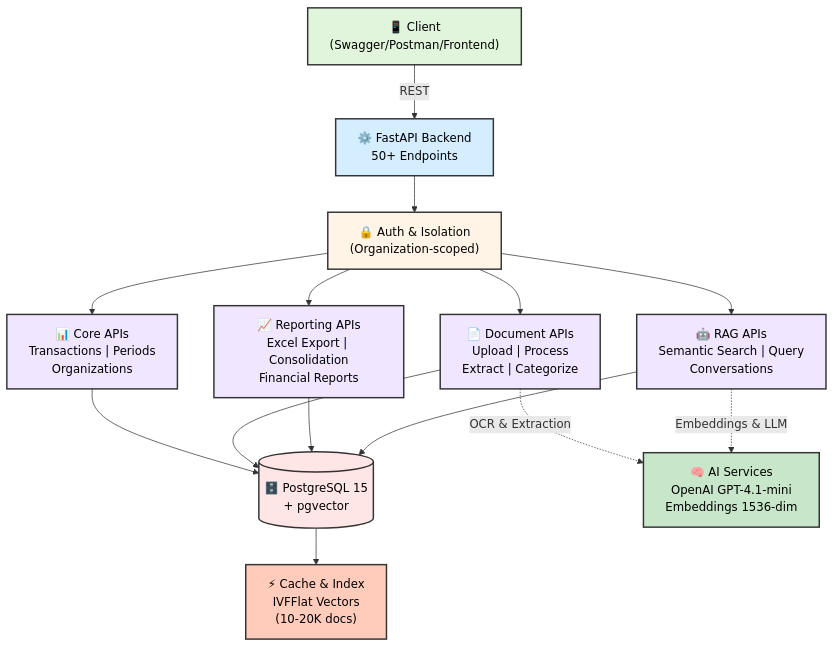
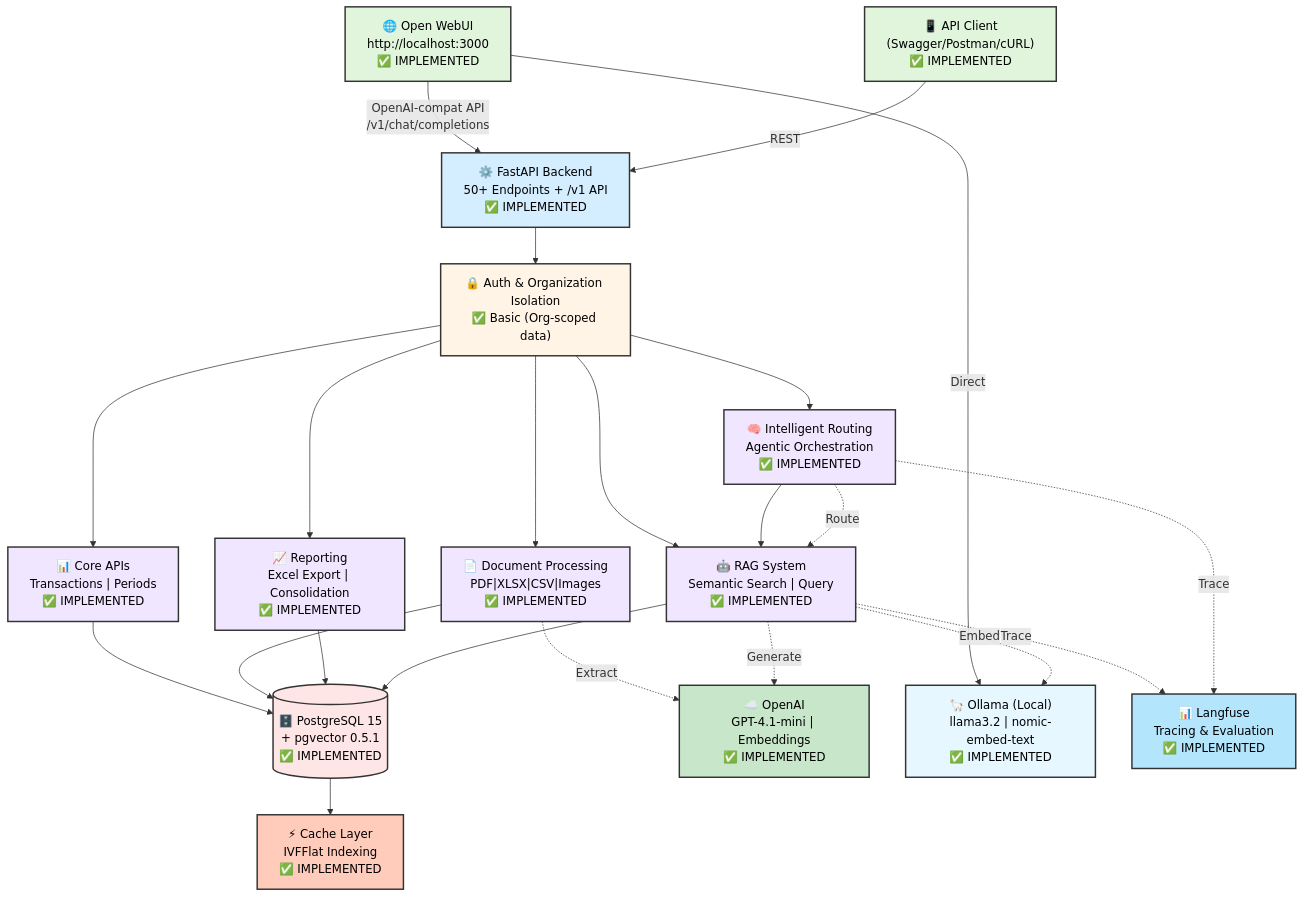
Before and after one commit to Oleguzik/ngo-automation: the first of 3 diagrams in README.md, drawn with Mermaid. The commit also changed other lines of this file and 4 other files, not shown here.

Commit message:
fix: readme file and tracking of WebUI connection errors to RAG

````diff
--- a/README.md
+++ b/README.md
@@ -98,51 +129,46 @@
 ```mermaid
 graph TB
-    Client["📱 Client<br/>(Swagger/Postman/Frontend)"]
+    WebUI["🌐 Open WebUI<br/>http://localhost:3000<br/>✅ IMPLEMENTED"]
+    Client["📱 API Client<br/>(Swagger/Postman/cURL)<br/>✅ IMPLEMENTED"]
+    LB["⚙️ FastAPI Backend<br/>50+ Endpoints + /v1 API<br/>✅ IMPLEMENTED"]
+    Auth["🔒 Auth & Organization Isolation<br/>✅ Basic (Org-scoped data)"]
+    Core["📊 Core APIs<br/>Transactions | Periods<br/>✅ IMPLEMENTED"]
+    DocProc["📄 Document Processing<br/>PDF|XLSX|CSV|Images<br/>✅ IMPLEMENTED"]
+    Report["📈 Reporting<br/>Excel Export | Consolidation<br/>✅ IMPLEMENTED"]
+    RAG["🤖 RAG System<br/>Semantic Search | Query<br/>✅ IMPLEMENTED"]
+    Agent["🧠 Intelligent Routing<br/>Agentic Orchestration<br/>✅ IMPLEMENTED"]
+    DB[("🗄️ PostgreSQL 15<br/>+ pgvector 0.5.1<br/>✅ IMPLEMENTED")]
+    Cache["⚡ Cache Layer<br/>IVFFlat Indexing<br/>✅ IMPLEMENTED"]
+    OpenAI["☁️ OpenAI<br/>GPT-4.1-mini | Embeddings<br/>✅ IMPLEMENTED"]
+    Ollama["🦙 Ollama (Local)<br/>llama3.2 | nomic-embed-text<br/>✅ IMPLEMENTED"]
+    Monitor["📊 Langfuse<br/>Tracing & Evaluation<br/>✅ IMPLEMENTED"]
     
-    LB["⚙️ FastAPI Backend<br/>50+ Endpoints"]
+    WebUI -->|"OpenAI-compat API<br/>/v1/chat/completions"| LB
+    WebUI -->|"Direct"| Ollama
+    Client -->|REST| LB
+    LB --> Auth
+    Auth --> Core & DocProc & Report & RAG & Agent
+    Core & DocProc & Report & RAG --> DB
+    Agent --> RAG
+    DB --> Cache
+    DocProc -.->|Extract| OpenAI
+    RAG -.->|Embed| Ollama
+    RAG -.->|Generate| OpenAI
+    Agent -.->|Route| RAG
+    RAG & Agent -.->|Trace| Monitor
     
-    Auth["🔒 Auth & Isolation<br/>(Organization-scoped)"]
-    
-    CoreAPI["📊 Core APIs<br/>Transactions | Periods<br/>Organizations"]
-    
-    DocAPI["📄 Document APIs<br/>Upload | Process<br/>Extract | Categorize"]
-    
-    ReportAPI["📈 Reporting APIs<br/>Excel Export | Consolidation<br/>Financial Reports"]
-    
-    RAGAPI["🤖 RAG APIs<br/>Semantic Search | Query<br/>Conversations"]
-    
-    DB[("🗄️ PostgreSQL 15<br/>+ pgvector")]
-    
-    Cache["⚡ Cache & Index<br/>IVFFlat Vectors<br/>(10-20K docs)"]
-    
-    AI["🧠 AI Services<br/>OpenAI GPT-4.1-mini<br/>Embeddings 1536-dim"]
-    
-    Client -->|REST| LB
-    
-    LB --> Auth
-    Auth --> CoreAPI
-    Auth --> DocAPI
-    Auth --> ReportAPI
-    Auth --> RAGAPI
-    
-    CoreAPI --> DB
-    DocAPI --> DB
-    ReportAPI --> DB
-    RAGAPI --> DB
-    
-    DB --> Cache
-    
-    DocAPI -.->|OCR & Extraction| AI
-    RAGAPI -.->|Embeddings & LLM| AI
-    
+    style WebUI fill:#e1f5dd,stroke:#333,stroke-width:2px,color:#000
     style Client fill:#e1f5dd,stroke:#333,stroke-width:2px,color:#000
     style LB fill:#d4edff,stroke:#333,stroke-width:2px,color:#000
     style Auth fill:#fff4e6,stroke:#333,stroke-width:2px,color:#000
-    style CoreAPI fill:#f0e6ff,stroke:#333,stroke-width:2px,color:#000
-    style DocAPI fill:#f0e6ff,stroke:#333,stroke-width:2px,color:#000
-    style ReportAPI fill:#f0e6ff,stroke:#333,stroke-width:2px,color:#000
-    style RAGAPI fill:#f0e6ff,stroke:#333,stroke-width:2px,color:#000
+    style Core fill:#f0e6ff,stroke:#333,stroke-width:2px,color:#000
+    style DocProc fill:#f0e6ff,stroke:#333,stroke-width:2px,color:#000
+    style Report fill:#f0e6ff,stroke:#333,stroke-width:2px,color:#000
+    style RAG fill:#f0e6ff,stroke:#333,stroke-width:2px,color:#000
+    style Agent fill:#f0e6ff,stroke:#333,stroke-width:2px,color:#000
     style DB fill:#ffe6e6,stroke:#333,stroke-width:2px,color:#000
     style Cache fill:#ffccbc,stroke:#333,stroke-width:2px,color:#000
-    style AI fill:#c8e6c9,stroke:#333,stroke-width:2px,color:#000
+    style OpenAI fill:#c8e6c9,stroke:#333,stroke-width:2px,color:#000
+    style Ollama fill:#e6f7ff,stroke:#333,stroke-width:2px,color:#000
+    style Monitor fill:#b3e5fc,stroke:#333,stroke-width:2px,color:#000
 ```
````
